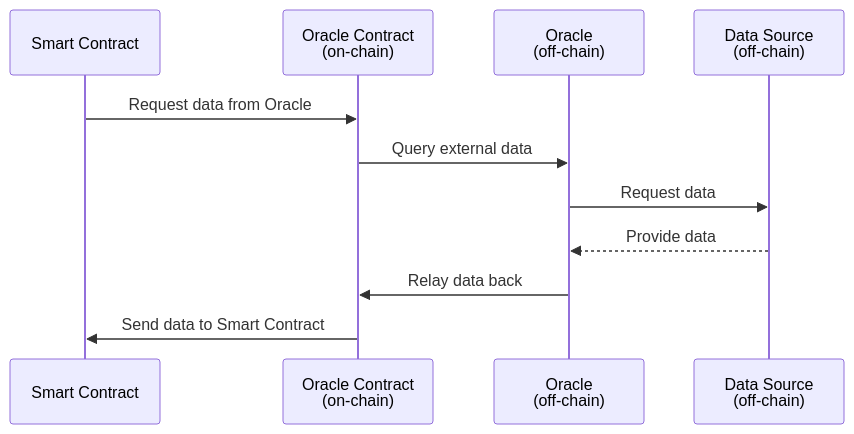
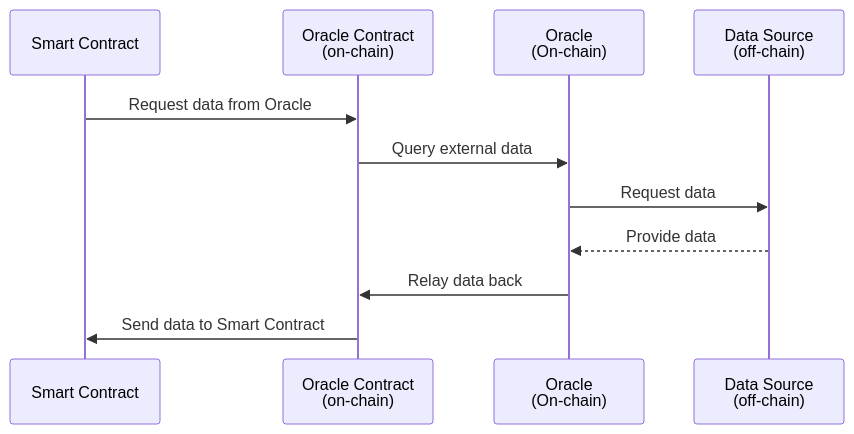
One commit to OffchainLabs/arbitrum-docs changed the second of 2 diagrams in arbitrum-docs/build-decentralized-apps/oracles/01-overview.md. Above: the diagram before and after it, drawn with Mermaid. The commit also changed 1 other file, not shown here.

Commit message:
(feat) Add Pyth Oracles

````diff
--- a/arbitrum-docs/build-decentralized-apps/oracles/01-overview.md
+++ b/arbitrum-docs/build-decentralized-apps/oracles/01-overview.md
@@ -47,13 +47,13 @@
 ```mermaid
 sequenceDiagram
     participant SC as Smart Contract
     participant OC as Oracle Contract<br />(on-chain)
-    participant O as Oracle<br />(off-chain)
+    participant O as Oracle<br />(On-chain)
     participant DS as Data Source<br />(off-chain)
     SC->>OC: Request data from Oracle
     OC->>O: Query external data
     O->>DS: Request data
     DS-->>O: Provide data
     O->>OC: Relay data back
     OC->>SC: Send data to Smart Contract
 ```
````
